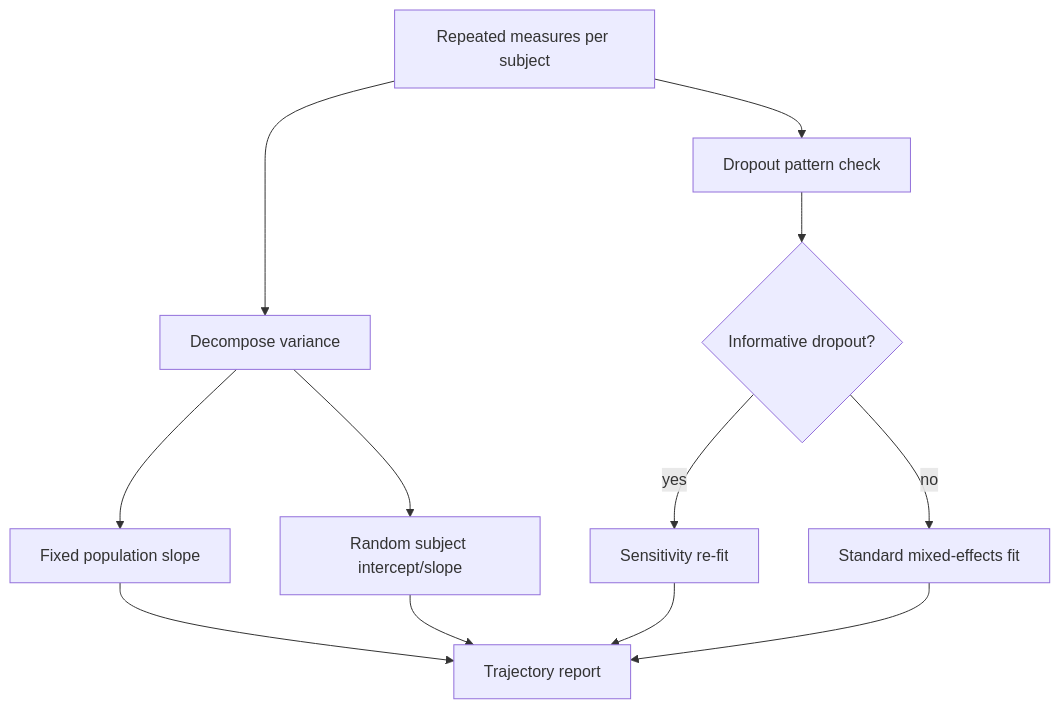
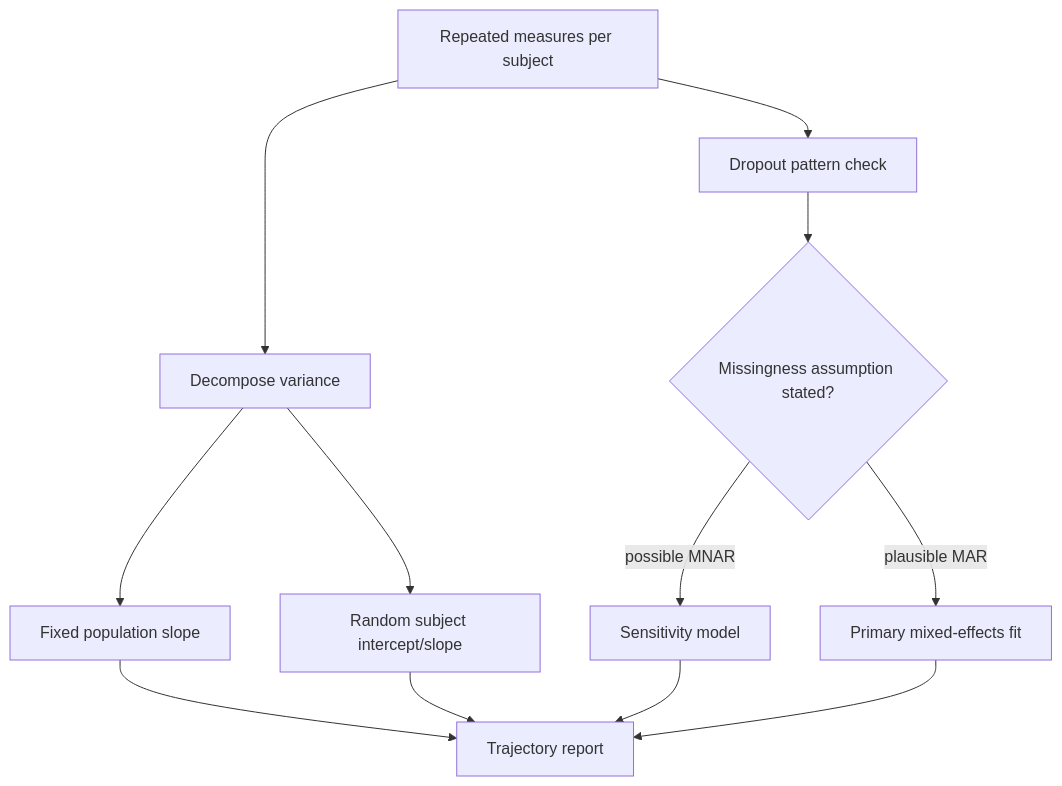
One commit to Ciprian-LocalPulse/OpenLongevityLab changed the diagram in docs/academic/14-longitudinal-biomarker-trajectories.md. Above: the diagram before and after it, drawn with Mermaid. The commit also changed other lines of this file and 18 other files, not shown here.

````diff
--- a/docs/academic/14-longitudinal-biomarker-trajectories.md
+++ b/docs/academic/14-longitudinal-biomarker-trajectories.md
@@ -7,14 +7,14 @@
 ```mermaid
 flowchart TB
   RAW[Repeated measures per subject] --> SPLIT[Decompose variance]
   SPLIT --> FIX[Fixed population slope]
   SPLIT --> RAND[Random subject intercept/slope]
   RAW --> DROP[Dropout pattern check]
-  DROP --> MNAR{Informative dropout?}
-  MNAR -- yes --> SENS[Sensitivity re-fit]
-  MNAR -- no --> STD[Standard mixed-effects fit]
+  DROP --> ASSUME{Missingness assumption stated?}
+  ASSUME -- plausible MAR --> STD[Primary mixed-effects fit]
+  ASSUME -- possible MNAR --> SENS[Sensitivity model]
   FIX --> REPORT[Trajectory report]
   RAND --> REPORT
   SENS --> REPORT
   STD --> REPORT
 ```
````
